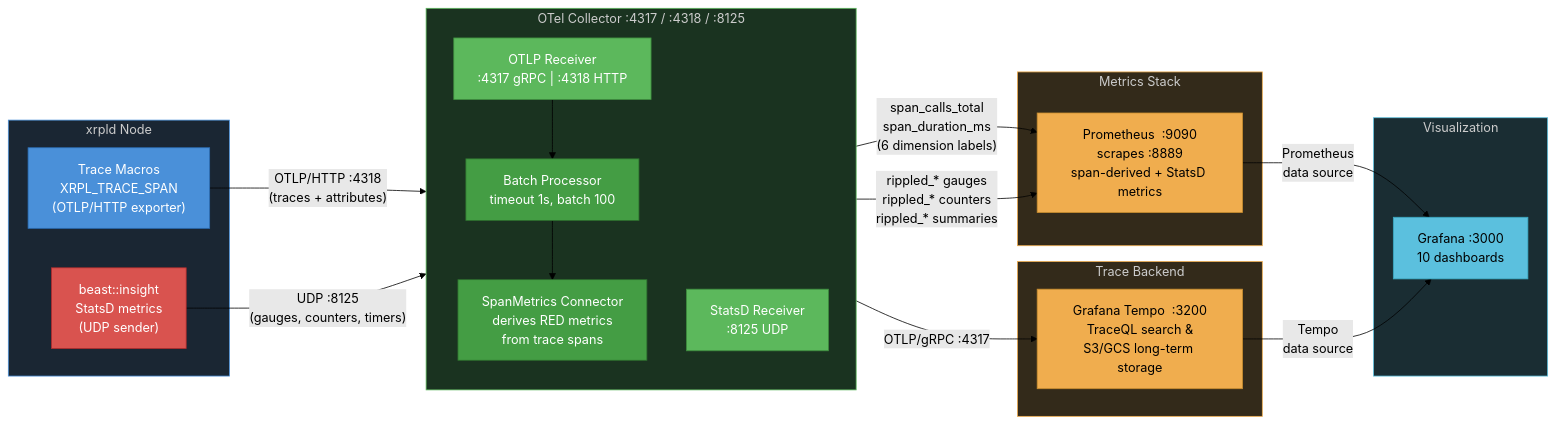
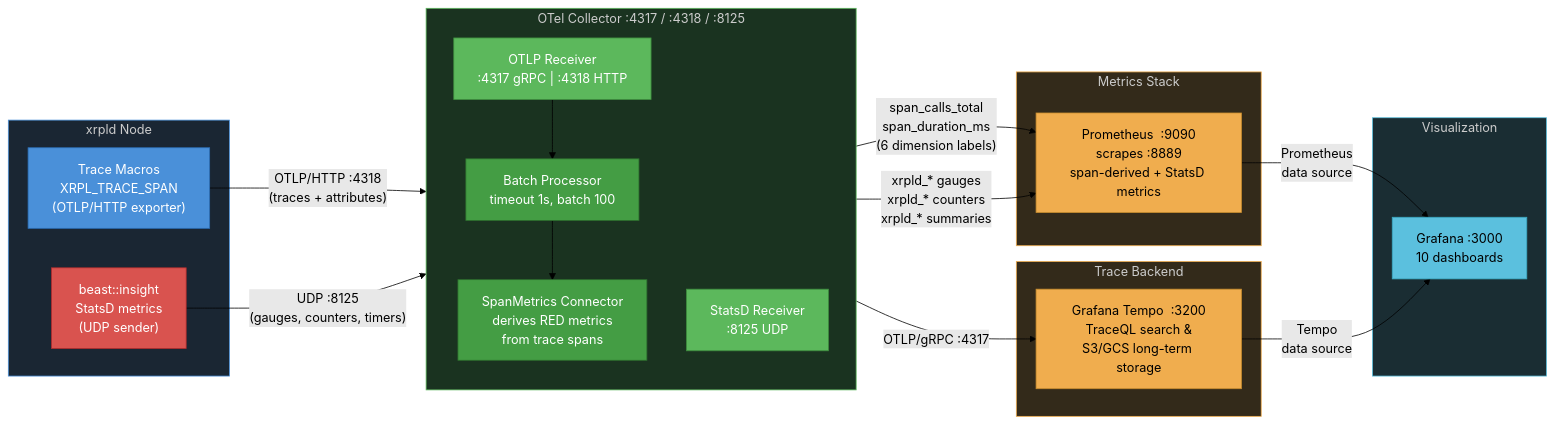
The diagram in OpenTelemetryPlan/09-data-collection-reference.md (XRPLF/rippled), drawn with Mermaid (forest theme) before and after one commit. The commit also changed other lines of this file and 6 other files, not shown here.

````diff
--- a/OpenTelemetryPlan/09-data-collection-reference.md
+++ b/OpenTelemetryPlan/09-data-collection-reference.md
@@ -9,56 +9,56 @@
 ```mermaid
 graph LR
     subgraph xrpldNode["xrpld Node"]
         A["Trace Macros<br/>XRPL_TRACE_SPAN<br/>(OTLP/HTTP exporter)"]
         B["beast::insight<br/>StatsD metrics<br/>(UDP sender)"]
     end
 
     subgraph collector["OTel Collector  :4317 / :4318 / :8125"]
         direction TB
         R1["OTLP Receiver<br/>:4317 gRPC  |  :4318 HTTP"]
         R2["StatsD Receiver<br/>:8125 UDP"]
         BP["Batch Processor<br/>timeout 1s, batch 100"]
         SM["SpanMetrics Connector<br/>derives RED metrics<br/>from trace spans"]
 
         R1 --> BP
         BP --> SM
     end
 
     subgraph backends["Trace Backend"]
         D["Grafana Tempo  :3200<br/>TraceQL search &<br/>S3/GCS long-term storage"]
     end
 
     subgraph metrics["Metrics Stack"]
         E["Prometheus  :9090<br/>scrapes :8889<br/>span-derived + StatsD metrics"]
     end
 
     subgraph viz["Visualization"]
         F["Grafana  :3000<br/>10 dashboards"]
     end
 
     A -->|"OTLP/HTTP :4318<br/>(traces + attributes)"| R1
     B -->|"UDP :8125<br/>(gauges, counters, timers)"| R2
 
     BP -->|"OTLP/gRPC :4317"| D
 
     SM -->|"span_calls_total<br/>span_duration_ms<br/>(6 dimension labels)"| E
-    R2 -->|"rippled_* gauges<br/>rippled_* counters<br/>rippled_* summaries"| E
+    R2 -->|"xrpld_* gauges<br/>xrpld_* counters<br/>xrpld_* summaries"| E
 
     E -->|"Prometheus<br/>data source"| F
     D -->|"Tempo<br/>data source"| F
 
     style A fill:#4a90d9,color:#fff,stroke:#2a6db5
     style B fill:#d9534f,color:#fff,stroke:#b52d2d
     style R1 fill:#5cb85c,color:#fff,stroke:#3d8b3d
     style R2 fill:#5cb85c,color:#fff,stroke:#3d8b3d
     style BP fill:#449d44,color:#fff,stroke:#2d6e2d
     style SM fill:#449d44,color:#fff,stroke:#2d6e2d
     style D fill:#f0ad4e,color:#000,stroke:#c78c2e
     style E fill:#f0ad4e,color:#000,stroke:#c78c2e
     style F fill:#5bc0de,color:#000,stroke:#3aa8c1
     style xrpldNode fill:#1a2633,color:#ccc,stroke:#4a90d9
     style collector fill:#1a3320,color:#ccc,stroke:#5cb85c
     style backends fill:#332a1a,color:#ccc,stroke:#f0ad4e
     style metrics fill:#332a1a,color:#ccc,stroke:#f0ad4e
     style viz fill:#1a2d33,color:#ccc,stroke:#5bc0de
 ```
````
